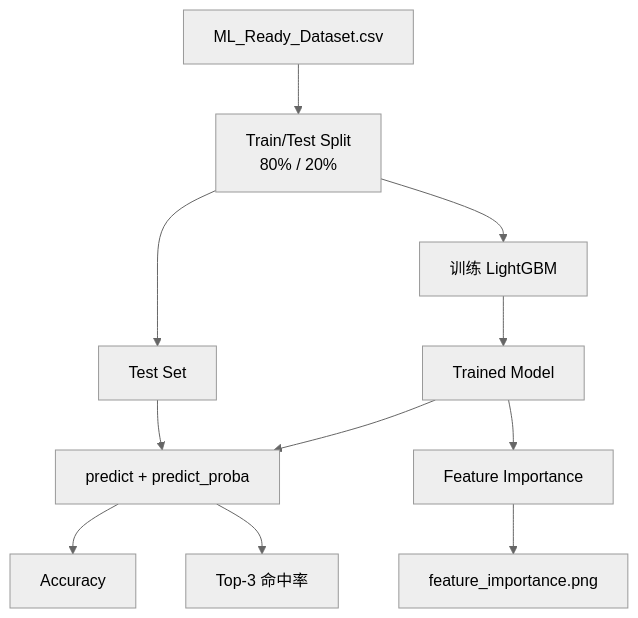
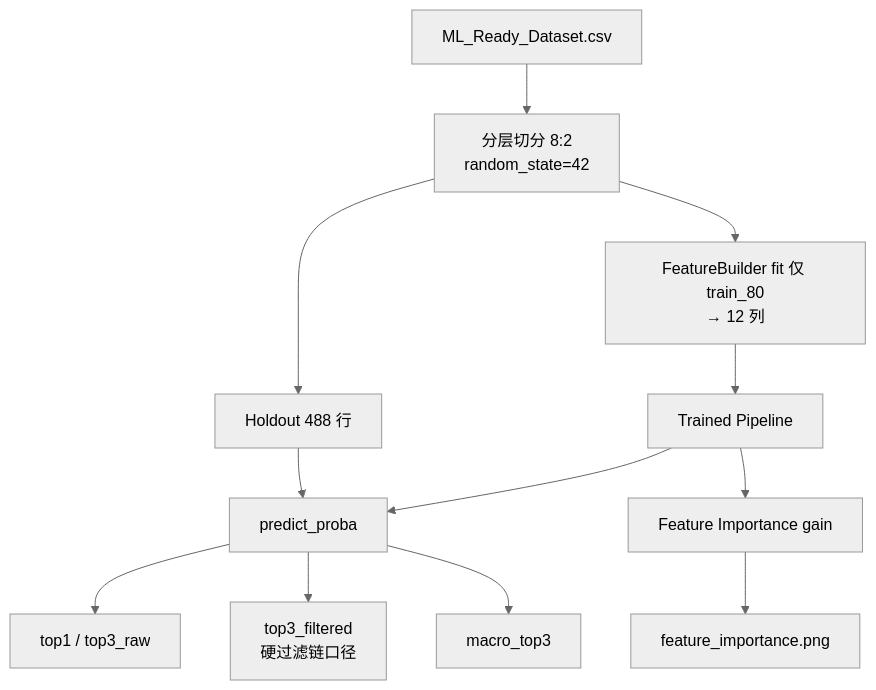
The diagram in obsidian/AI_Model/Model_Evaluation.md (DeltMchey/Fatalis_Prediction), drawn with Mermaid (neutral theme) before and after one commit. The commit also changed other lines of this file and 5 other files, not shown here.

````diff
--- a/obsidian/AI_Model/Model_Evaluation.md
+++ b/obsidian/AI_Model/Model_Evaluation.md
@@ -79,13 +76,14 @@
 ```mermaid
 graph TD
-    A[ML_Ready_Dataset.csv] --> B[Train/Test Split<br/>80% / 20%]
-    B --> C[训练 LightGBM]
-    B --> D[Test Set]
-    C --> E[Trained Model]
-    E --> F[predict + predict_proba]
+    A[ML_Ready_Dataset.csv] --> B[分层切分 8:2<br/>random_state=42]
+    B --> C[FeatureBuilder fit 仅 train_80<br/>→ 12 列]
+    B --> D[Holdout 488 行]
+    C --> E[Trained Pipeline]
+    E --> F[predict_proba]
     D --> F
-    F --> G[Accuracy]
-    F --> H[Top-3 命中率]
-    E --> I[Feature Importance]
-    I --> J[feature_importance.png]
+    F --> G[top1 / top3_raw]
+    F --> H[top3_filtered<br/>硬过滤链口径]
+    F --> I[macro_top3]
+    E --> J[Feature Importance gain]
+    J --> K[feature_importance.png]
 ```
````
